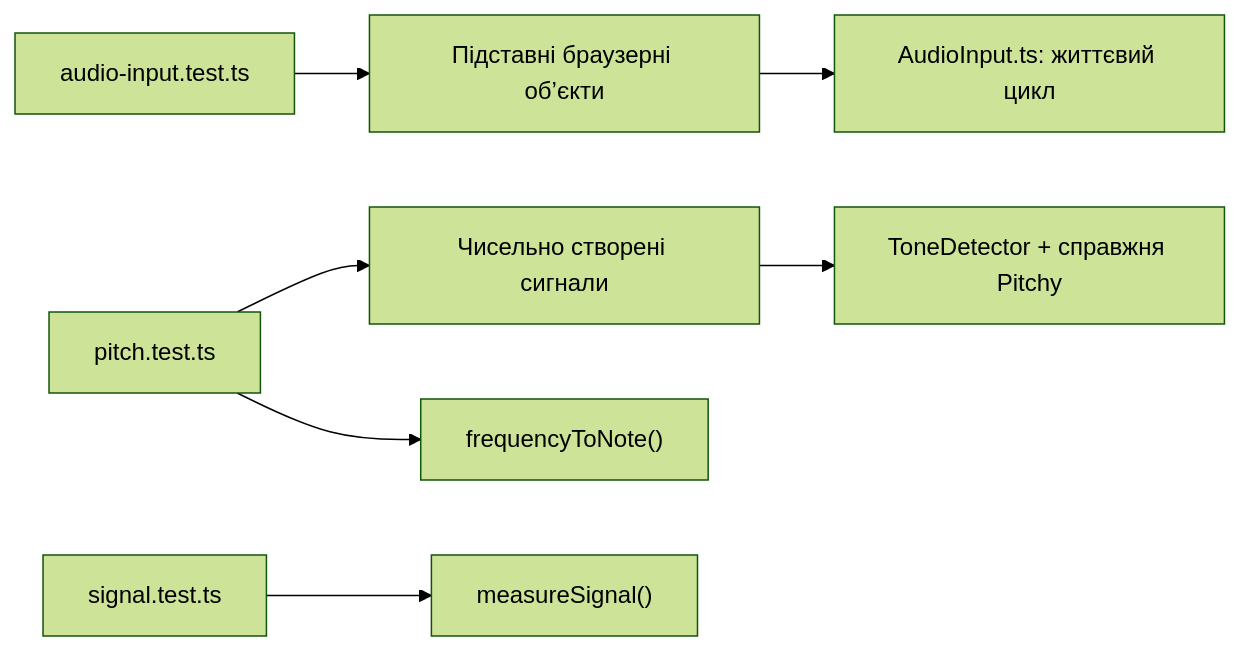
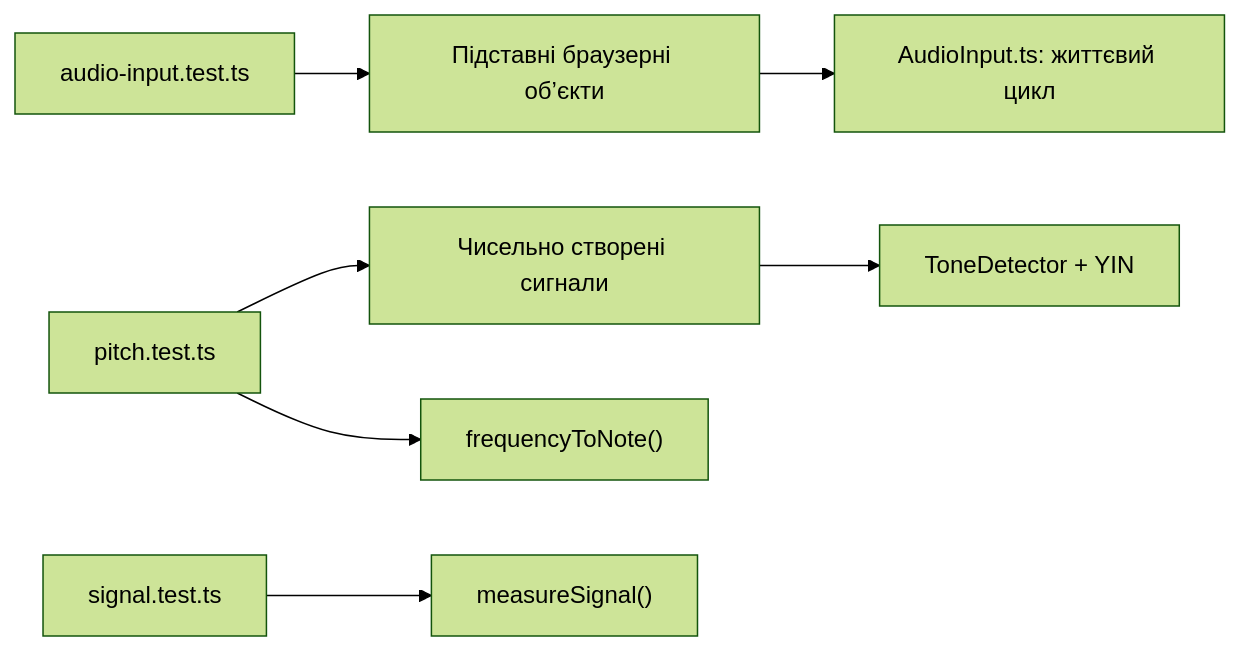
Diagram 32 of 33 in docs/PROJECT-MAP.md (TheVangoog/Sonora), drawn with Mermaid (forest theme) before and after one commit. The commit also changed other lines of this file and 17 other files, not shown here.

First line of the commit message:
Tuner: replace Pitchy (MPM) with our own YIN

````diff
--- a/docs/PROJECT-MAP.md
+++ b/docs/PROJECT-MAP.md
@@ -662,9 +662,9 @@
 ```mermaid
 flowchart LR
     AudioTest["audio-input.test.ts"] --> Mock["Підставні браузерні об’єкти"]
     Mock --> Input["AudioInput.ts: життєвий цикл"]
     PitchTest["pitch.test.ts"] --> Synthetic["Чисельно створені сигнали"]
-    Synthetic --> Real["ToneDetector + справжня Pitchy"]
+    Synthetic --> Real["ToneDetector + YIN"]
     PitchTest --> Notes["frequencyToNote()"]
     SignalTest["signal.test.ts"] --> Signal["measureSignal()"]
 ```
````
